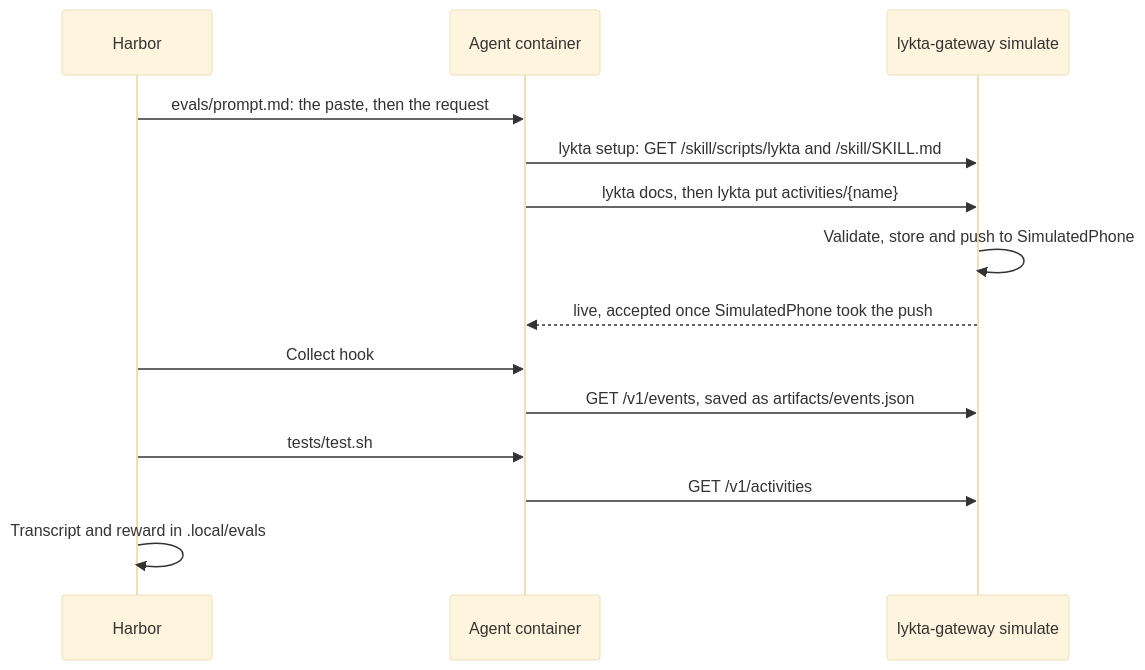
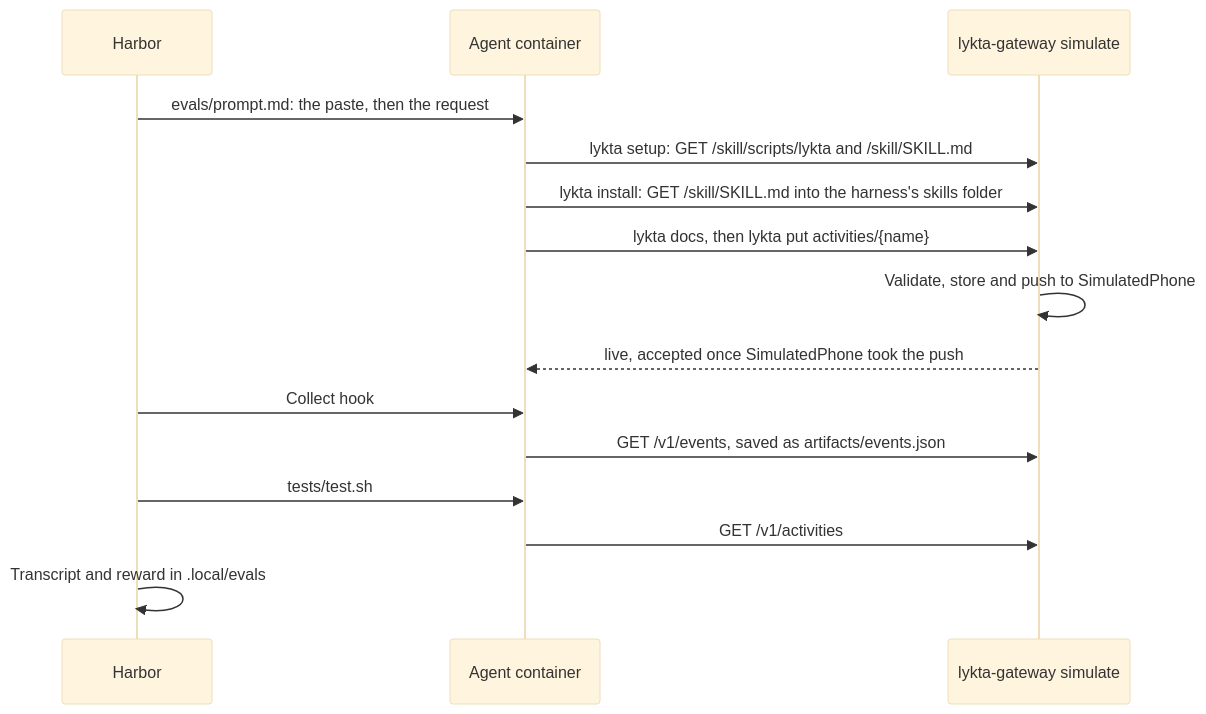
Before and after one commit to emileberhard/Lykta: the diagram in docs/evals.md, drawn with Mermaid (base theme). The commit also changed other lines of this file and 1 other file, not shown here.

First line of the commit message:
Check the setup-only eval by the skill it installs, not an activity

````diff
--- a/docs/evals.md
+++ b/docs/evals.md
@@ -97,16 +97,17 @@
 ```mermaid
 sequenceDiagram
     participant H as Harbor
     participant A as Agent container
     participant G as lykta-gateway simulate
     H->>A: evals/prompt.md: the paste, then the request
     A->>G: lykta setup: GET /skill/scripts/lykta and /skill/SKILL.md
+    A->>G: lykta install: GET /skill/SKILL.md into the harness's skills folder
     A->>G: lykta docs, then lykta put activities/{name}
     G->>G: Validate, store and push to SimulatedPhone
     G-->>A: live, accepted once SimulatedPhone took the push
     H->>A: Collect hook
     A->>G: GET /v1/events, saved as artifacts/events.json
     H->>A: tests/test.sh
     A->>G: GET /v1/activities
     H->>H: Transcript and reward in .local/evals
 ```
````
